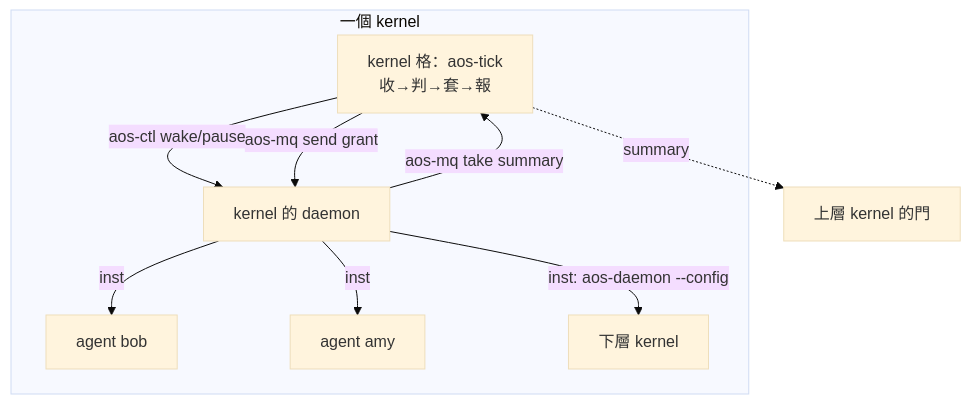
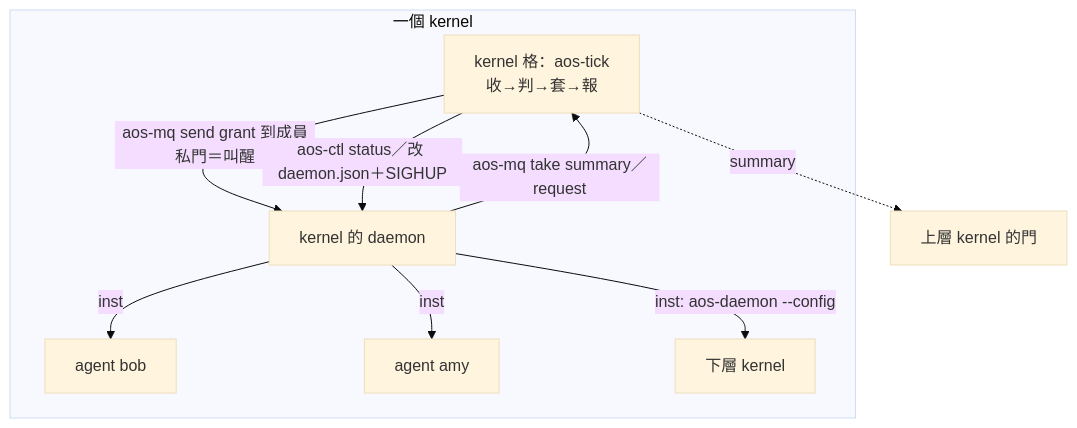
The diagram in proto6/notes/proposals/2026-10-02-kernel/README.md (justty32/aos), drawn with Mermaid (base theme) before and after one commit. The commit also changed other lines of this file and 5 other files, not shown here.

First line of the commit message:
kernel 提案照 astra 審查修正：預置暫停、grant 走私門、多層同帳號、envs 放對位置

````diff
--- a/proto6/notes/proposals/2026-10-02-kernel/README.md
+++ b/proto6/notes/proposals/2026-10-02-kernel/README.md
@@ -11,12 +11,12 @@
 ```mermaid
 flowchart TB
   subgraph K[一個 kernel]
-    T[kernel 格：aos-tick<br/>收→判→套→報] -->|aos-ctl wake/pause| D[kernel 的 daemon]
-    T -->|aos-mq send grant| D
-    D -->|aos-mq take summary| T
+    T[kernel 格：aos-tick<br/>收→判→套→報] -->|aos-mq send grant 到成員私門＝叫醒| D[kernel 的 daemon]
+    T -->|aos-ctl status／改 daemon.json＋SIGHUP| D
+    D -->|aos-mq take summary／request| T
     D -->|inst| A1[agent bob]
     D -->|inst| A2[agent amy]
     D -->|inst: aos-daemon --config| K2[下層 kernel]
   end
   T -. summary .-> UP[上層 kernel 的門]
 ```
````
